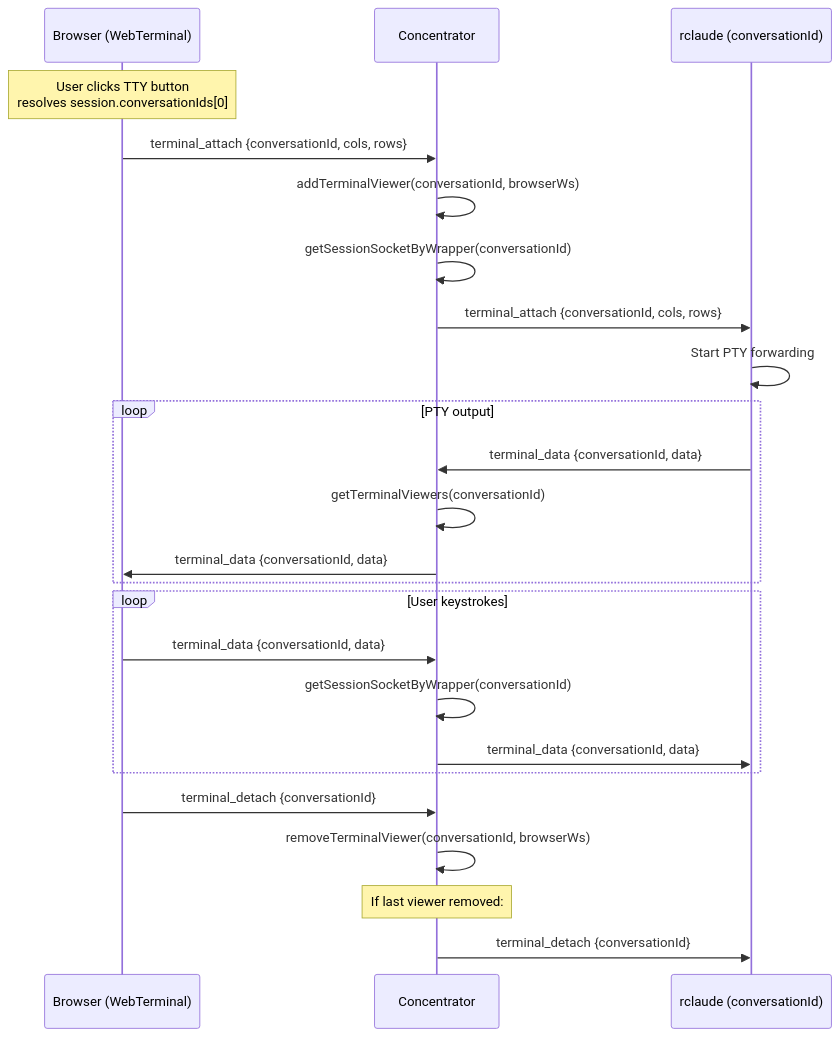
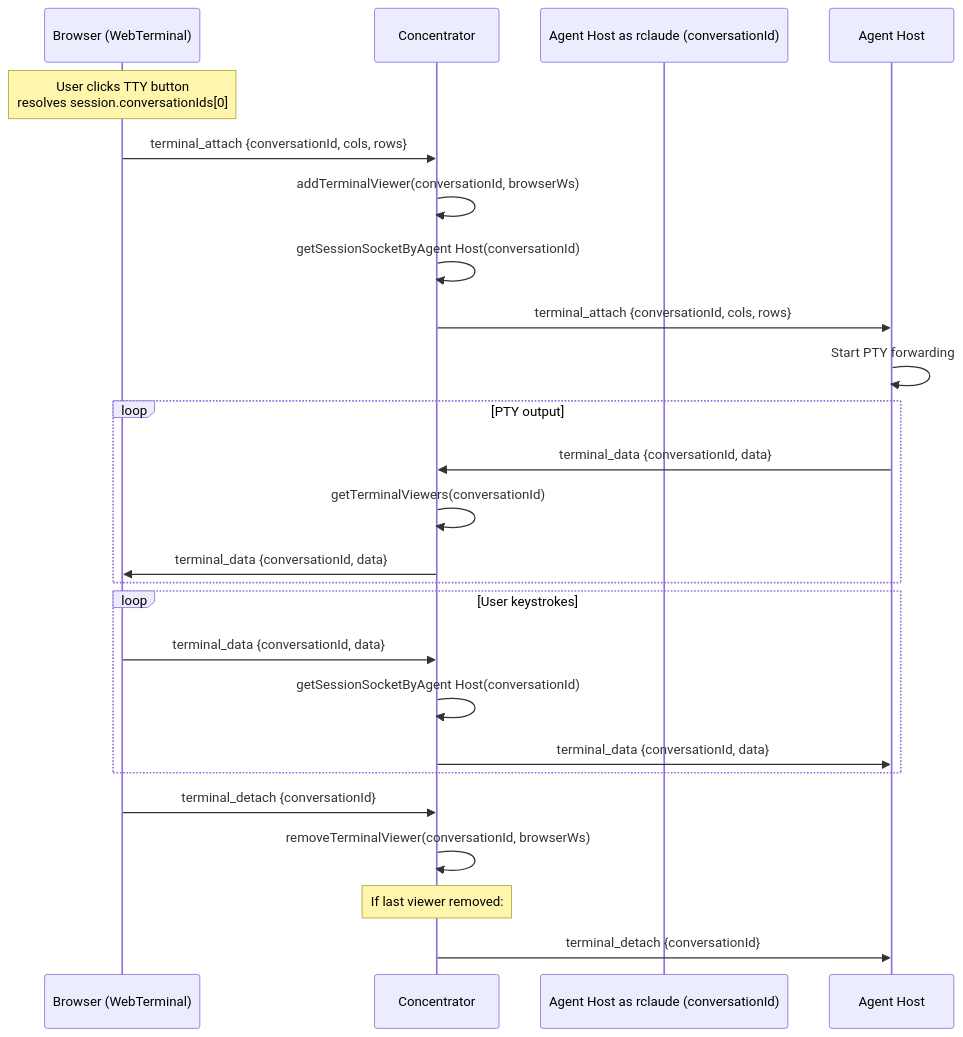
One commit to claudification/claudewerk changed the second of 5 diagrams in FLOW.md. Above: the diagram before and after it, drawn with Mermaid. The commit also changed other lines of this file and 19 other files, not shown here.

First line of the commit message:
docs: catch up to v1.0.0 vocabulary -- wrapper -> agent host everywhere

````diff
--- a/FLOW.md
+++ b/FLOW.md
@@ -57,31 +57,31 @@
 ```mermaid
 sequenceDiagram
     participant Browser as Browser (WebTerminal)
     participant Conc as Concentrator
-    participant Wrapper as rclaude (conversationId)
+    participant Agent Host as rclaude (conversationId)
 
     Note over Browser: User clicks TTY button<br/>resolves session.conversationIds[0]
 
     Browser->>Conc: terminal_attach {conversationId, cols, rows}
     Conc->>Conc: addTerminalViewer(conversationId, browserWs)
-    Conc->>Conc: getSessionSocketByWrapper(conversationId)
-    Conc->>Wrapper: terminal_attach {conversationId, cols, rows}
-    Wrapper->>Wrapper: Start PTY forwarding
+    Conc->>Conc: getSessionSocketByAgent Host(conversationId)
+    Conc->>Agent Host: terminal_attach {conversationId, cols, rows}
+    Agent Host->>Agent Host: Start PTY forwarding
 
     loop PTY output
-        Wrapper->>Conc: terminal_data {conversationId, data}
+        Agent Host->>Conc: terminal_data {conversationId, data}
         Conc->>Conc: getTerminalViewers(conversationId)
         Conc->>Browser: terminal_data {conversationId, data}
     end
 
     loop User keystrokes
         Browser->>Conc: terminal_data {conversationId, data}
-        Conc->>Conc: getSessionSocketByWrapper(conversationId)
-        Conc->>Wrapper: terminal_data {conversationId, data}
+        Conc->>Conc: getSessionSocketByAgent Host(conversationId)
+        Conc->>Agent Host: terminal_data {conversationId, data}
     end
 
     Browser->>Conc: terminal_detach {conversationId}
     Conc->>Conc: removeTerminalViewer(conversationId, browserWs)
     Note over Conc: If last viewer removed:
-    Conc->>Wrapper: terminal_detach {conversationId}
+    Conc->>Agent Host: terminal_detach {conversationId}
 ```
````
